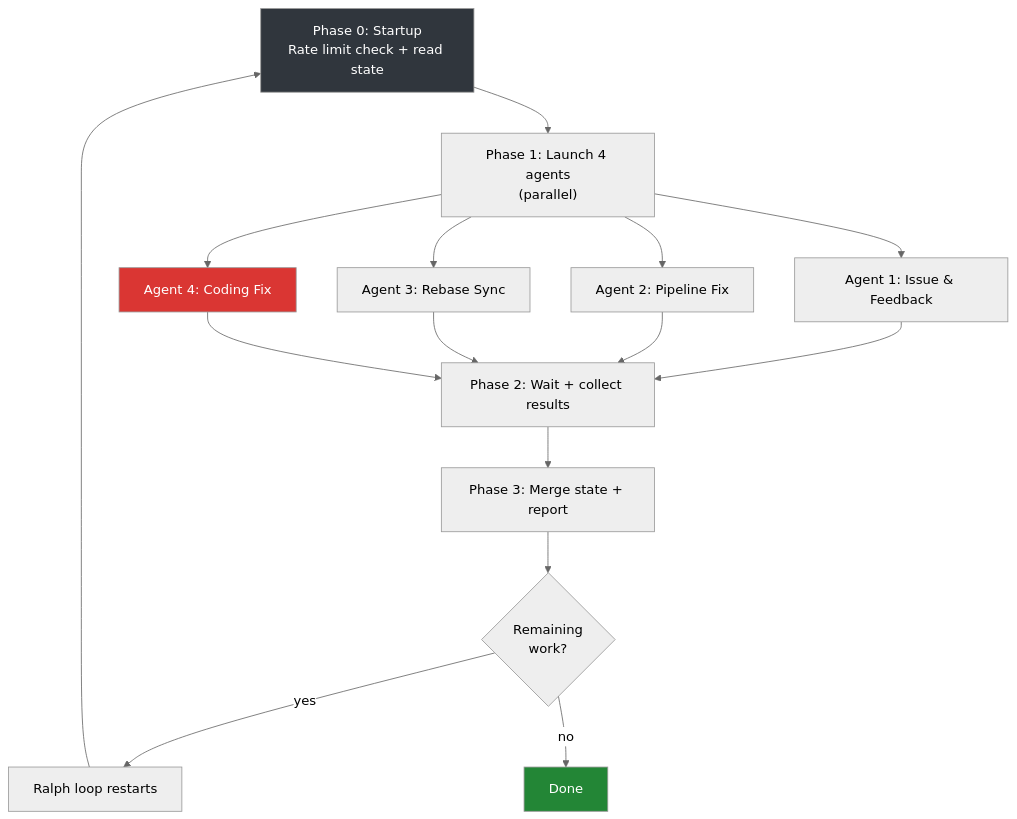
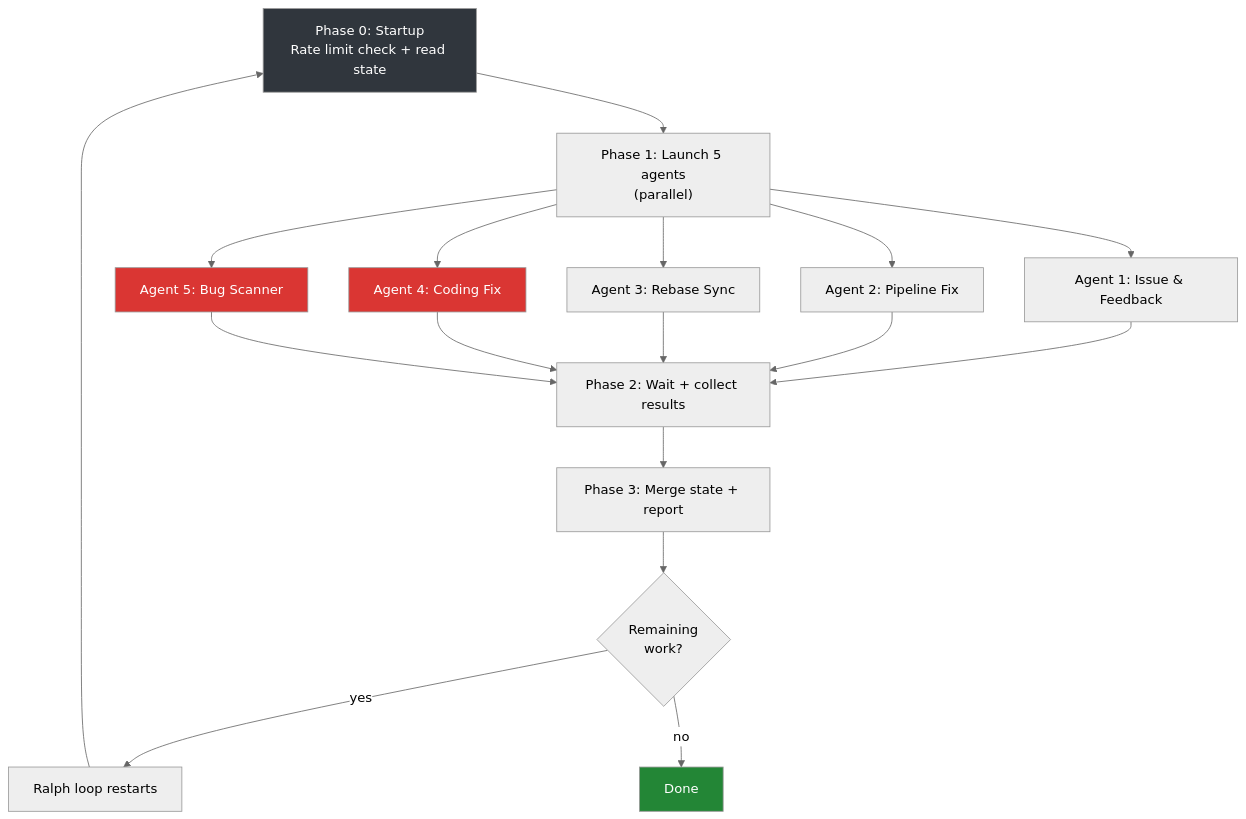
One commit to dmzoneill/github-ai-contributor changed the third of 3 diagrams in README.md. Above: the diagram before and after it, drawn with Mermaid (neutral theme). The commit also changed other lines of this file and 5 other files, not shown here.

First line of the commit message:
feat: add bug scanner agent (Agent 5) to swarm

````diff
--- a/README.md
+++ b/README.md
@@ -68,20 +73,23 @@
 ```mermaid
 graph TD
-    S["Phase 0: Startup<br/>Rate limit check + read state"] --> P1["Phase 1: Launch 4 agents<br/>(parallel)"]
+    S["Phase 0: Startup<br/>Rate limit check + read state"] --> P1["Phase 1: Launch 5 agents<br/>(parallel)"]
     P1 --> A1["Agent 1: Issue & Feedback"]
     P1 --> A2["Agent 2: Pipeline Fix"]
     P1 --> A3["Agent 3: Rebase Sync"]
     P1 --> A4["Agent 4: Coding Fix"]
+    P1 --> A5["Agent 5: Bug Scanner"]
     A1 --> P2["Phase 2: Wait + collect results"]
     A2 --> P2
     A3 --> P2
     A4 --> P2
+    A5 --> P2
     P2 --> P3["Phase 3: Merge state + report"]
     P3 --> CHK{"Remaining<br/>work?"}
     CHK -->|yes| RL["Ralph loop restarts"]
     CHK -->|no| DONE["Done"]
     RL --> S
     style S fill:#30363d,color:#fff
     style DONE fill:#238636,color:#fff
     style A4 fill:#da3633,color:#fff
+    style A5 fill:#da3633,color:#fff
 ```
````
